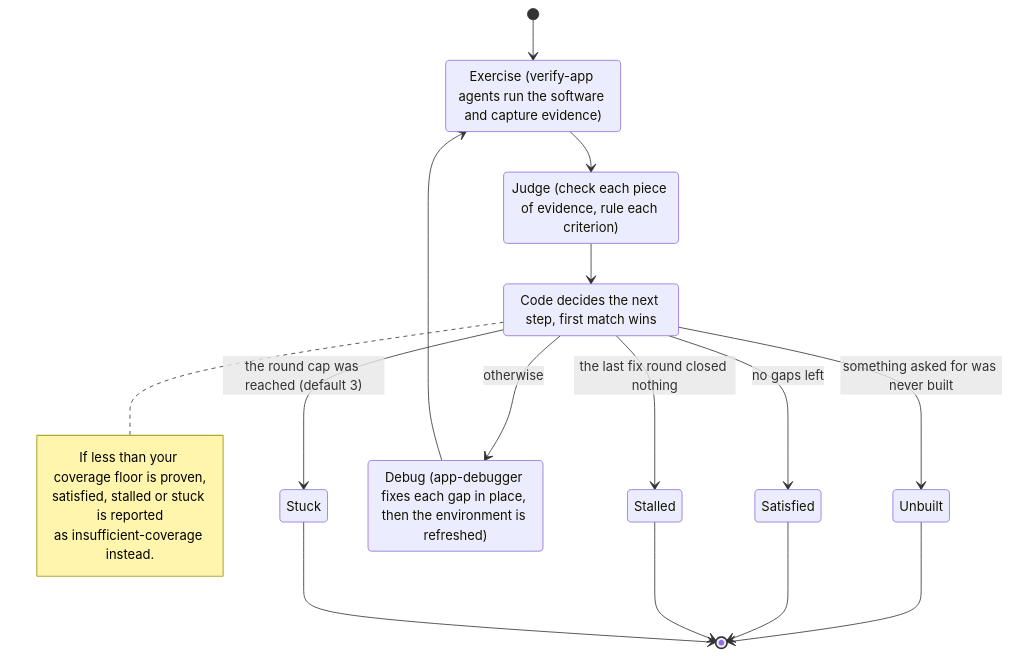
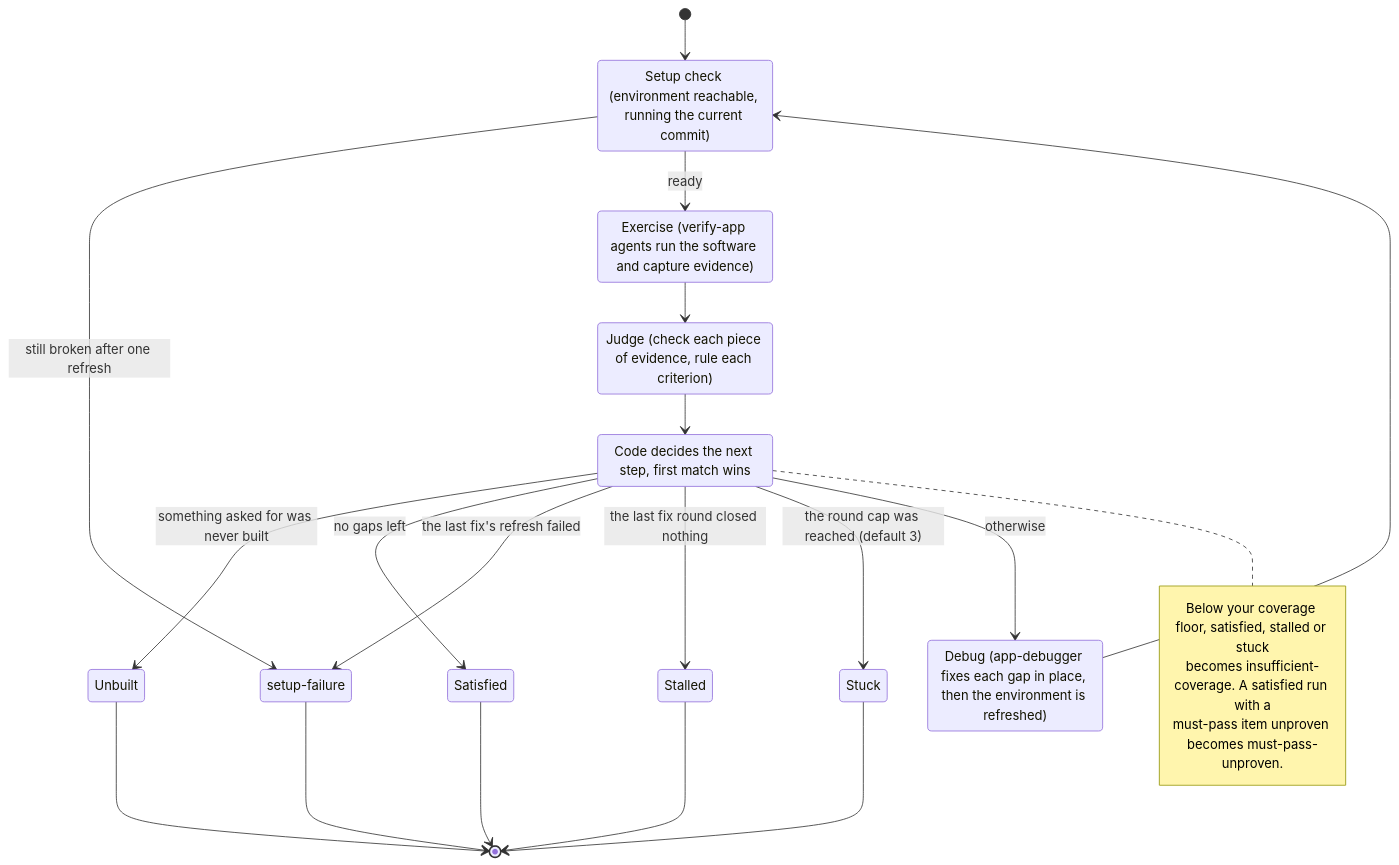
One commit to FortiumPartners/ensemble-vnext changed the second of 4 diagrams in docs/guides/CONCEPTS.md. Above: the diagram before and after it, drawn with Mermaid. The commit also changed other lines of this file and 128 other files, not shown here.

````diff
--- a/docs/guides/CONCEPTS.md
+++ b/docs/guides/CONCEPTS.md
@@ -243,25 +275,31 @@
 ```mermaid
 stateDiagram-v2
-    [*] --> Exercise
+    [*] --> Setup
+    Setup: Setup check (environment reachable, running the current commit)
+    Setup --> SetupFailure: still broken after one refresh
+    Setup --> Exercise: ready
     Exercise: Exercise (verify-app agents run the software and capture evidence)
     Exercise --> Judge
     Judge: Judge (check each piece of evidence, rule each criterion)
     Judge --> Decide
     Decide: Code decides the next step, first match wins
     Decide --> Unbuilt: something asked for was never built
     Decide --> Satisfied: no gaps left
+    Decide --> SetupFailure: the last fix's refresh failed
     Decide --> Stalled: the last fix round closed nothing
     Decide --> Stuck: the round cap was reached (default 3)
     Decide --> Debug: otherwise
     Debug: Debug (app-debugger fixes each gap in place, then the environment is refreshed)
-    Debug --> Exercise
+    Debug --> Setup
+    SetupFailure: setup-failure
     Unbuilt --> [*]
     Satisfied --> [*]
+    SetupFailure --> [*]
     Stalled --> [*]
     Stuck --> [*]
     note right of Decide
-        If less than your coverage floor is proven,
-        satisfied, stalled or stuck is reported
-        as insufficient-coverage instead.
+        Below your coverage floor, satisfied, stalled or stuck
+        becomes insufficient-coverage. A satisfied run with a
+        must-pass item unproven becomes must-pass-unproven.
     end note
 ```
````
